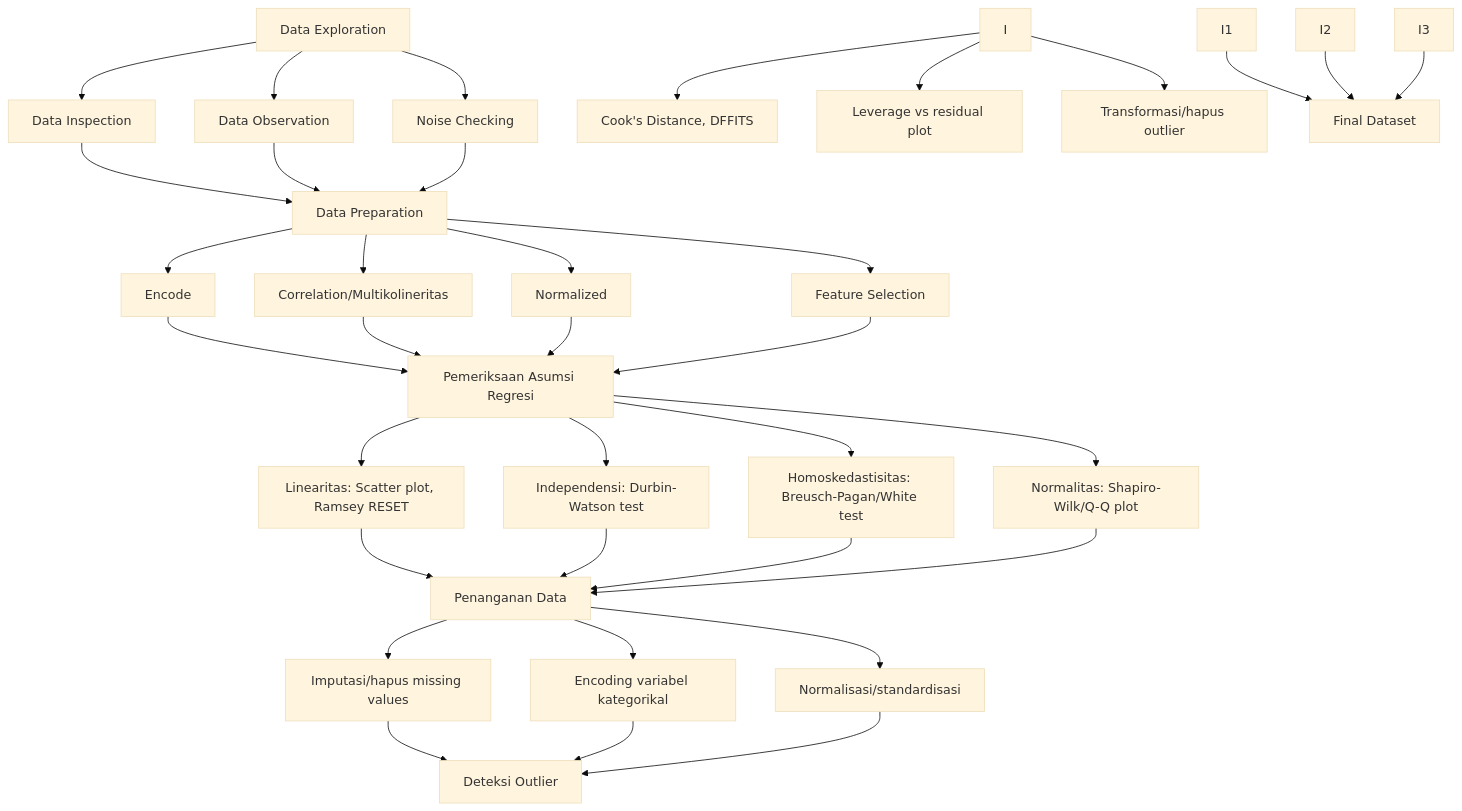
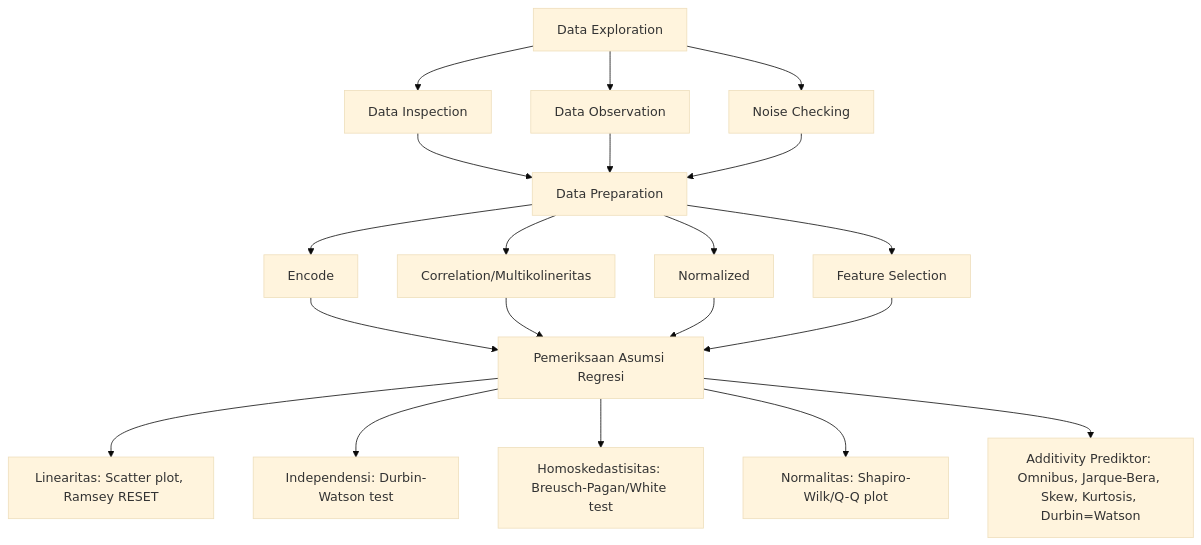
One commit to AkbarArsanata/Analisis-Freelancer changed the first of 3 diagrams in README.md. Above: the diagram before and after it, drawn with Mermaid (base theme).

````diff
--- a/README.md
+++ b/README.md
@@ -82,46 +82,26 @@
 ```mermaid
 graph TD
     A[Data Exploration] --> A1[Data Inspection]
     A --> A2[Data Observation]
     A --> A3[Noise Checking]
     A1 --> B[Data Preparation]
     A2 --> B
     A3 --> B
 
     B --> C1[Encode]
     B --> C2[Correlation/Multikolineritas]
     B --> C3[Normalized]
     B --> C4[Feature Selection]
     
     C1 --> D[Pemeriksaan Asumsi Regresi]
     C2 --> D
     C3 --> D
     C4 --> D
     
     D --> E1[Linearitas: Scatter plot, Ramsey RESET]
     D --> E2[Independensi: Durbin-Watson test]
     D --> E3[Homoskedastisitas: Breusch-Pagan/White test]
     D --> E4[Normalitas: Shapiro-Wilk/Q-Q plot]
-    
-    E1 --> F[Penanganan Data]
-    E2 --> F
-    E3 --> F
-    E4 --> F
-    
-    F --> G1[Imputasi/hapus missing values]
-    F --> G2[Encoding variabel kategorikal]
-    F --> G3[Normalisasi/standardisasi]
-    
-    G1 --> H[Deteksi Outlier]
-    G2 --> H
-    G3 --> H
-    
-    I --> J1[Cook's Distance, DFFITS]
-    I --> J2[Leverage vs residual plot]
-    I --> J3[Transformasi/hapus outlier]
-    
-    I1 --> J[Final Dataset]
-    I2 --> J
-    I3 --> J
+    D --> E5[Additivity Prediktor: Omnibus, Jarque-Bera, Skew, Kurtosis, Durbin=Watson]
 
 ```
````
